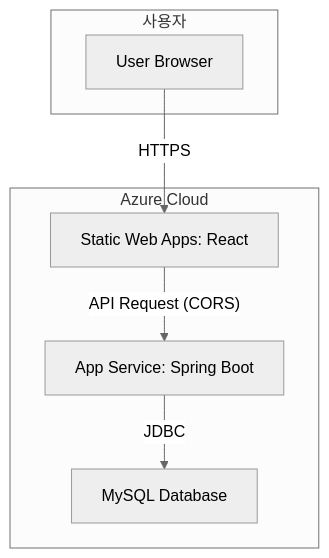
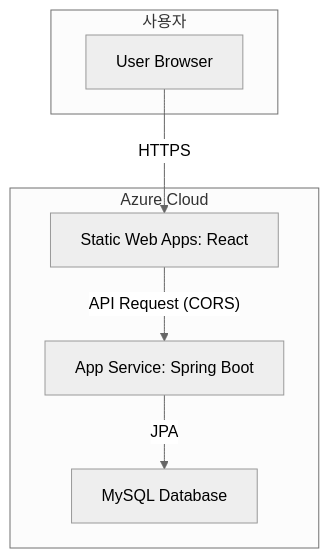
Before and after one commit to juunghyun/be-fc-online: the diagram in README.md, drawn with Mermaid (neutral theme).

````diff
--- a/README.md
+++ b/README.md
@@ -28,16 +28,16 @@
 ```mermaid
 graph TD
     subgraph 사용자
         A[User Browser]
     end
 
     subgraph Azure Cloud
         B[Static Web Apps: React]
         C[App Service: Spring Boot]
         D[MySQL Database]
     end
 
     A -- HTTPS --> B
     B -- API Request (CORS) --> C
-    C -- JDBC --> D
+    C -- JPA --> D
 ```
````
